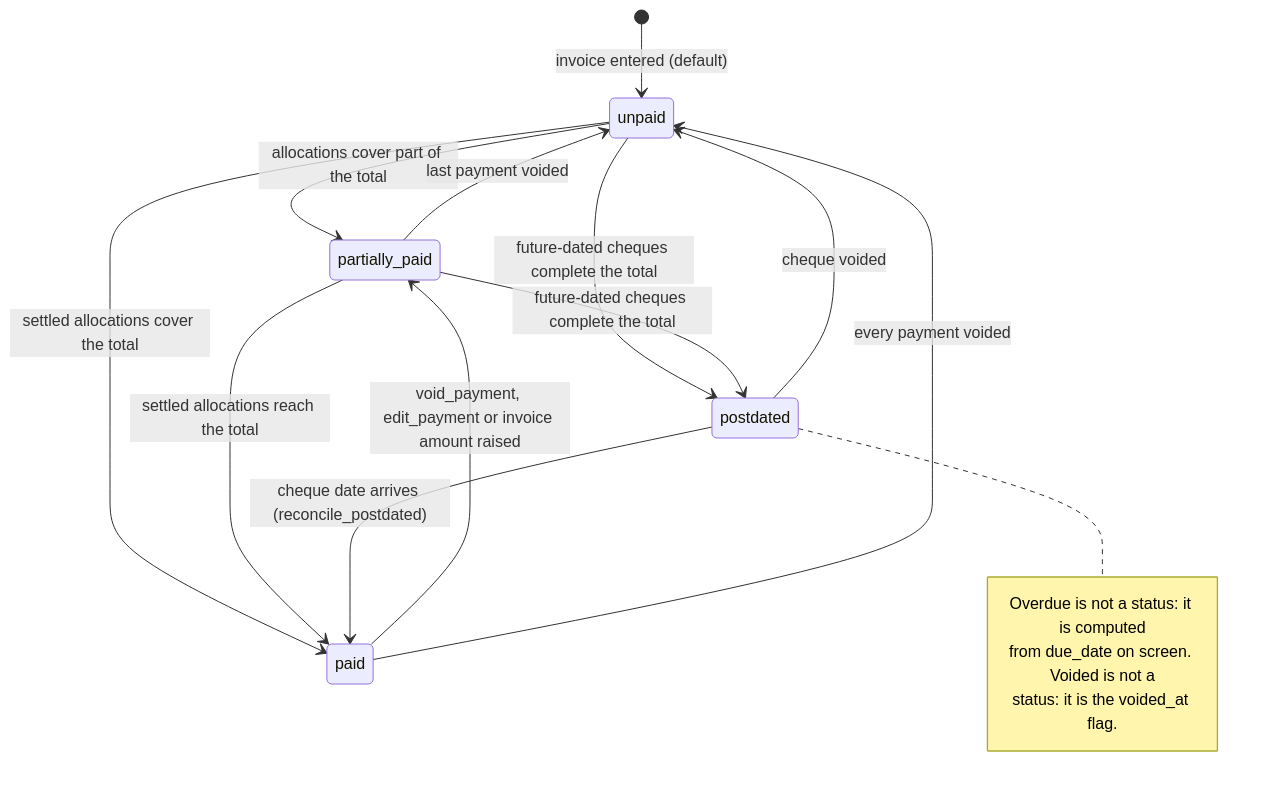
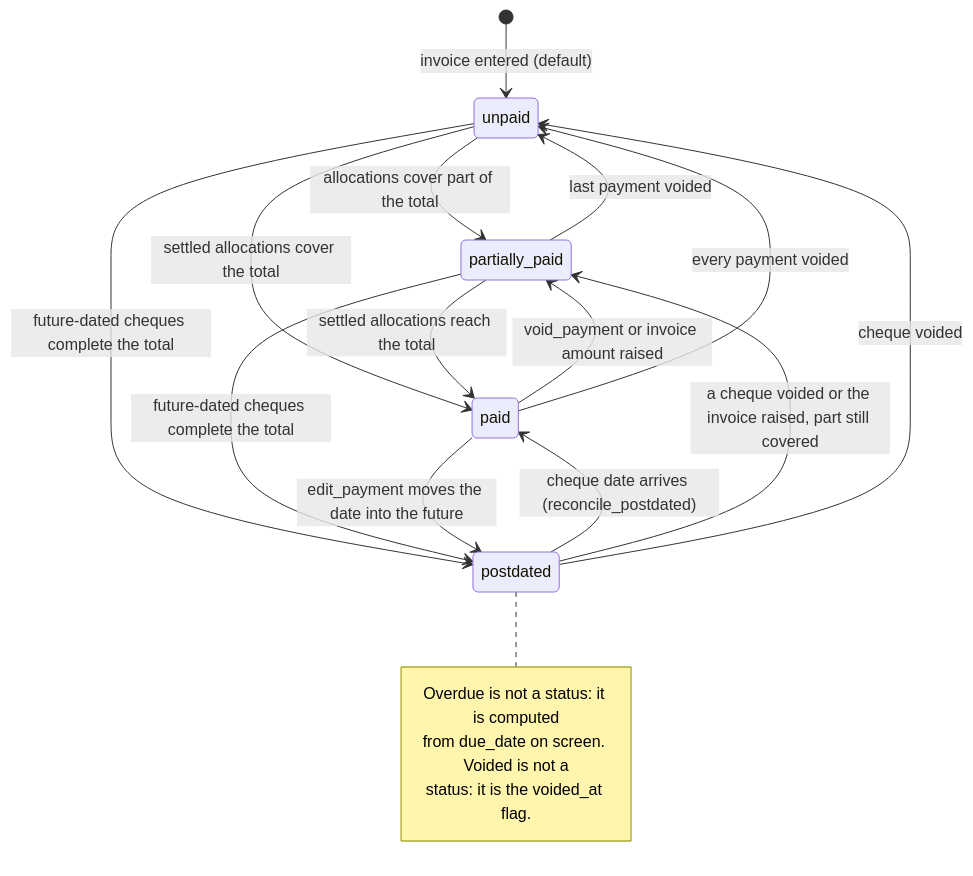
The fourth of 6 diagrams in docs/ARCHITECTURE.md (raviteja0012/robinsons-store), drawn with Mermaid before and after one commit. The commit also changed other lines of this file and 2 other files, not shown here.

First line of the commit message:
Correct the architecture diagrams to match the code

````diff
--- a/docs/ARCHITECTURE.md
+++ b/docs/ARCHITECTURE.md
@@ -192,19 +228,21 @@
 ```mermaid
 stateDiagram-v2
   [*] --> unpaid: invoice entered (default)
   unpaid --> partially_paid: allocations cover part of the total
   unpaid --> paid: settled allocations cover the total
   unpaid --> postdated: future-dated cheques complete the total
   partially_paid --> paid: settled allocations reach the total
   partially_paid --> postdated: future-dated cheques complete the total
   postdated --> paid: cheque date arrives (reconcile_postdated)
-  paid --> partially_paid: void_payment, edit_payment or invoice amount raised
+  paid --> partially_paid: void_payment or invoice amount raised
+  paid --> postdated: edit_payment moves the date into the future
+  postdated --> partially_paid: a cheque voided or the invoice raised, part still covered
   partially_paid --> unpaid: last payment voided
   paid --> unpaid: every payment voided
   postdated --> unpaid: cheque voided
   note right of postdated
     Overdue is not a status: it is computed
     from due_date on screen. Voided is not a
     status: it is the voided_at flag.
   end note
 ```
````
